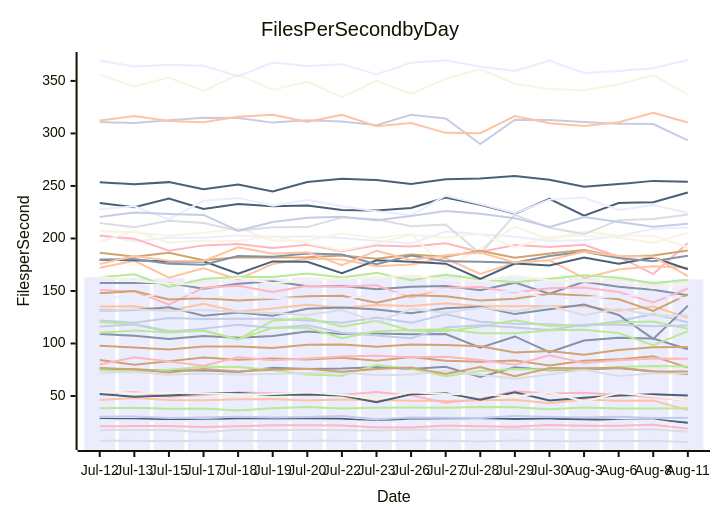
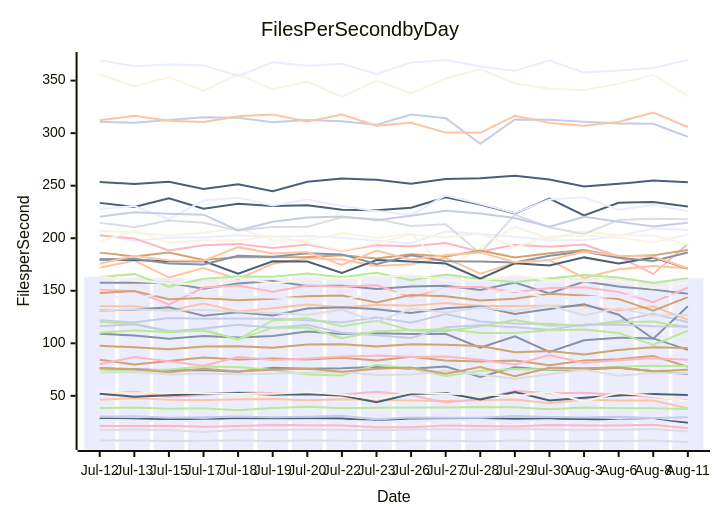
One commit to streetsidesoftware/cspell changed the diagram in perf-report.md. Above: the diagram before and after it, drawn with Mermaid. The commit also changed other lines of this file and 1 other file, not shown here.

````diff
--- a/perf-report.md
+++ b/perf-report.md
@@ -10,57 +10,57 @@
 ```mermaid
 xychart-beta
     title Files Per Second by Day
     y-axis Files per Second
     x-axis Date [Jul-12, Jul-13, Jul-15, Jul-17, Jul-18, Jul-19, Jul-20, Jul-22, Jul-23, Jul-26, Jul-27, Jul-28, Jul-29, Jul-30, Aug-3, Aug-6, Aug-8, Aug-11]
-    bar [163.19, 162.43, 162.24, 160.81, 162.11, 161.80, 162.84, 161.83, 163.82, 164.32, 165.56, 162.55, 163.67, 162.66, 162.42, 162.15, 159.78, 161.15]
-    line [109.02, 107.38, 104.33, 107.04, 105.42, 107.07, 111.31, 108.98, 109.47, 108.84, 109.00, 95.94, 106.70, 91.83, 102.88, 105.40, 104.69, 94.58]
-    line [46.27, 47.99, 46.18, 45.89, 46.88, 47.09, 45.82, 46.71, 46.24, 45.49, 45.13, 45.94, 46.54, 43.06, 46.57, 45.56, 45.66, 36.53]
-    line [7.49, 7.49, 6.93, 7.35, 7.41, 7.13, 7.42, 7.37, 6.94, 7.34, 7.37, 6.62, 7.52, 6.92, 6.91, 7.06, 7.47, 6.21]
-    line [38.35, 38.90, 37.77, 38.11, 36.22, 38.46, 39.54, 38.13, 38.75, 38.94, 38.82, 39.51, 39.23, 37.37, 39.03, 38.14, 38.18, 38.34]
-    line [84.39, 79.74, 83.17, 86.61, 84.55, 85.67, 84.70, 86.32, 83.67, 87.12, 83.64, 82.58, 83.71, 79.08, 83.62, 84.88, 87.82, 77.03]
-    line [121.97, 119.76, 124.17, 123.39, 123.52, 123.46, 121.92, 119.72, 124.69, 119.65, 127.83, 120.71, 118.86, 118.39, 116.67, 121.26, 128.17, 120.29]
+    bar [163.19, 162.43, 162.24, 160.81, 162.11, 161.80, 162.84, 161.83, 163.82, 164.32, 165.56, 162.55, 163.67, 162.66, 162.42, 162.15, 159.78, 161.87]
+    line [109.02, 107.38, 104.33, 107.04, 105.42, 107.07, 111.31, 108.98, 109.47, 108.84, 109.00, 95.94, 106.70, 91.83, 102.88, 105.40, 104.69, 93.74]
+    line [46.27, 47.99, 46.18, 45.89, 46.88, 47.09, 45.82, 46.71, 46.24, 45.49, 45.13, 45.94, 46.54, 43.06, 46.57, 45.56, 45.66, 38.22]
+    line [7.49, 7.49, 6.93, 7.35, 7.41, 7.13, 7.42, 7.37, 6.94, 7.34, 7.37, 6.62, 7.52, 6.92, 6.91, 7.06, 7.47, 6.09]
+    line [38.35, 38.90, 37.77, 38.11, 36.22, 38.46, 39.54, 38.13, 38.75, 38.94, 38.82, 39.51, 39.23, 37.37, 39.03, 38.14, 38.18, 37.54]
+    line [84.39, 79.74, 83.17, 86.61, 84.55, 85.67, 84.70, 86.32, 83.67, 87.12, 83.64, 82.58, 83.71, 79.08, 83.62, 84.88, 87.82, 77.70]
+    line [121.97, 119.76, 124.17, 123.39, 123.52, 123.46, 121.92, 119.72, 124.69, 119.65, 127.83, 120.71, 118.86, 118.39, 116.67, 121.26, 128.17, 119.97]
     line [51.79, 53.82, 49.25, 50.85, 53.53, 52.69, 53.02, 51.19, 53.86, 50.78, 43.58, 47.06, 54.57, 52.43, 53.03, 51.13, 48.90, 45.53]
-    line [51.98, 49.24, 50.53, 52.10, 52.76, 51.07, 51.44, 50.43, 43.97, 51.67, 52.73, 46.52, 53.63, 45.66, 48.27, 50.39, 51.68, 50.60]
-    line [355.82, 344.62, 353.27, 340.52, 356.06, 341.72, 349.11, 334.55, 350.21, 337.72, 352.09, 361.09, 347.33, 342.33, 341.03, 346.90, 355.56, 336.94]
-    line [203.61, 197.40, 200.74, 200.72, 202.94, 201.36, 202.08, 200.55, 197.73, 195.25, 206.51, 204.03, 201.53, 197.81, 198.32, 202.22, 209.23, 210.52]
-    line [75.98, 75.26, 74.39, 74.57, 72.87, 76.84, 75.79, 76.25, 77.55, 75.81, 77.91, 68.05, 77.31, 74.56, 75.13, 76.66, 73.32, 71.05]
-    line [135.26, 135.39, 131.25, 137.83, 130.35, 133.37, 136.93, 134.10, 136.61, 135.79, 138.26, 135.57, 135.43, 135.66, 135.43, 131.19, 135.23, 124.44]
-    line [17.48, 17.96, 17.52, 15.60, 17.77, 17.44, 17.98, 17.51, 17.20, 17.96, 18.17, 17.67, 18.43, 18.02, 17.45, 17.65, 18.37, 16.03]
-    line [74.66, 73.66, 75.08, 77.97, 77.53, 74.65, 70.42, 69.35, 79.56, 76.05, 68.90, 73.77, 75.65, 74.99, 75.71, 77.66, 78.66, 78.02]
-    line [97.78, 96.17, 94.33, 97.04, 97.24, 95.75, 98.78, 99.06, 97.00, 99.07, 98.61, 97.42, 91.49, 92.79, 89.32, 93.72, 96.32, 96.60]
-    line [310.85, 309.84, 312.53, 315.03, 314.69, 310.30, 312.46, 311.42, 307.91, 317.83, 314.26, 289.97, 313.11, 312.72, 310.96, 309.18, 308.97, 293.32]
-    line [21.20, 21.36, 21.51, 20.58, 21.30, 22.19, 22.10, 21.88, 20.15, 20.04, 21.91, 21.31, 20.80, 22.35, 21.72, 21.80, 22.54, 18.94]
-    line [28.38, 28.02, 28.20, 27.23, 28.58, 28.56, 28.51, 28.41, 26.08, 28.71, 28.53, 28.56, 28.21, 28.32, 27.98, 27.09, 27.59, 24.59]
-    line [53.83, 52.41, 53.08, 52.40, 51.77, 52.01, 53.58, 51.27, 46.96, 53.48, 52.00, 51.65, 49.61, 53.65, 44.73, 52.88, 49.80, 45.59]
-    line [27.13, 26.83, 25.90, 26.40, 26.69, 26.50, 26.68, 26.34, 25.46, 26.08, 26.71, 26.98, 26.19, 26.72, 24.58, 26.54, 27.00, 21.84]
-    line [131.34, 131.95, 134.40, 126.35, 129.62, 126.47, 133.10, 134.27, 132.41, 128.75, 133.45, 135.04, 127.98, 132.62, 137.05, 127.16, 104.34, 135.85]
-    line [312.26, 316.54, 311.74, 310.63, 315.98, 317.85, 311.01, 317.69, 306.96, 309.97, 300.54, 300.28, 316.56, 309.78, 307.09, 310.74, 319.60, 310.44]
-    line [72.08, 72.80, 70.30, 71.38, 70.52, 71.04, 71.91, 72.70, 69.86, 70.37, 73.91, 70.30, 66.36, 70.57, 74.92, 69.05, 71.64, 71.74]
-    line [120.41, 118.48, 111.84, 112.66, 103.82, 121.72, 123.96, 116.30, 121.57, 112.16, 111.54, 116.14, 122.06, 116.65, 117.60, 120.09, 120.85, 114.07]
-    line [76.63, 75.41, 72.48, 75.77, 73.22, 74.96, 75.84, 73.04, 75.74, 77.07, 71.05, 77.49, 68.74, 76.65, 76.34, 76.92, 73.53, 73.38]
-    line [30.35, 30.53, 29.15, 29.59, 30.29, 29.57, 30.13, 31.01, 27.77, 29.48, 29.26, 29.06, 30.88, 29.94, 29.48, 30.19, 29.03, 29.20]
-    line [202.66, 199.84, 188.27, 193.42, 194.63, 190.82, 194.01, 187.89, 193.41, 192.42, 195.47, 187.19, 193.79, 191.90, 194.07, 182.58, 166.07, 195.75]
-    line [233.66, 229.73, 238.10, 228.16, 232.72, 230.57, 231.48, 227.16, 226.70, 229.01, 239.01, 232.02, 223.69, 237.66, 221.63, 233.74, 234.59, 243.71]
-    line [207.20, 205.62, 202.48, 205.11, 209.83, 198.16, 198.05, 204.69, 200.38, 204.18, 172.00, 190.59, 211.20, 199.37, 206.67, 202.54, 202.61, 191.45]
-    line [227.85, 230.59, 218.19, 235.84, 238.63, 231.13, 236.94, 230.60, 225.84, 222.04, 240.74, 232.71, 223.95, 236.98, 238.93, 227.08, 231.94, 224.31]
-    line [157.55, 157.57, 157.54, 152.05, 156.89, 159.37, 154.51, 154.84, 151.75, 154.10, 154.75, 150.75, 157.93, 147.43, 158.79, 154.00, 151.10, 146.03]
-    line [172.02, 178.72, 162.59, 171.56, 160.94, 175.73, 180.87, 179.86, 173.49, 175.22, 181.17, 166.29, 176.78, 179.24, 162.30, 170.51, 173.47, 172.06]
-    line [214.62, 210.58, 216.81, 214.69, 207.39, 210.58, 210.83, 219.91, 218.25, 211.67, 213.25, 185.65, 222.45, 210.28, 204.15, 217.44, 218.55, 222.74]
-    line [163.07, 165.84, 153.93, 161.48, 163.65, 163.25, 166.55, 162.82, 167.25, 160.14, 165.42, 161.19, 158.31, 161.70, 164.91, 162.58, 157.48, 160.80]
-    line [186.31, 182.67, 186.39, 179.31, 182.07, 181.92, 182.11, 183.75, 180.78, 184.81, 182.65, 188.37, 181.75, 185.70, 188.91, 182.68, 183.70, 188.54]
-    line [116.21, 118.14, 111.02, 114.16, 117.75, 114.86, 117.38, 110.16, 107.68, 105.10, 115.28, 117.30, 115.27, 112.83, 117.78, 117.94, 116.33, 117.15]
-    line [150.91, 149.71, 136.98, 153.14, 154.96, 149.05, 154.95, 153.94, 155.48, 143.79, 152.94, 153.75, 148.60, 152.63, 153.39, 148.93, 139.04, 152.32]
-    line [179.72, 179.37, 178.07, 178.35, 166.36, 178.14, 177.77, 166.91, 179.23, 177.92, 175.97, 161.59, 176.09, 174.17, 181.77, 175.87, 181.75, 170.66]
-    line [196.87, 207.15, 195.83, 198.09, 197.68, 202.31, 195.34, 188.56, 195.30, 203.49, 200.63, 204.54, 191.76, 201.55, 202.60, 200.71, 195.89, 205.52]
-    line [369.35, 363.79, 365.39, 364.51, 354.54, 367.49, 364.21, 365.97, 356.16, 367.24, 369.57, 363.41, 359.37, 369.40, 357.63, 359.56, 362.02, 369.92]
-    line [179.82, 180.43, 176.01, 174.98, 183.26, 182.49, 185.76, 184.64, 175.39, 183.80, 178.20, 177.82, 176.95, 183.37, 187.31, 181.39, 178.30, 183.56]
-    line [175.71, 183.39, 178.90, 178.60, 191.51, 185.47, 186.89, 174.56, 188.32, 179.58, 184.08, 186.53, 177.20, 179.37, 187.46, 183.38, 182.66, 164.22]
-    line [131.27, 132.43, 131.04, 131.83, 130.19, 128.92, 127.23, 131.88, 120.40, 132.81, 129.34, 133.97, 130.74, 135.91, 126.83, 133.33, 126.61, 126.65]
-    line [110.15, 112.38, 110.43, 112.10, 103.78, 114.93, 115.08, 104.93, 111.58, 112.75, 113.47, 109.84, 109.80, 112.55, 113.19, 109.88, 98.38, 111.82]
-    line [147.84, 149.86, 141.85, 143.07, 141.02, 142.51, 144.87, 145.54, 138.82, 146.01, 144.90, 140.82, 142.51, 147.27, 145.58, 142.12, 131.06, 146.69]
-    line [220.42, 224.78, 223.29, 222.43, 207.49, 215.75, 219.62, 220.62, 217.24, 221.48, 226.19, 223.44, 219.34, 210.97, 220.37, 215.62, 211.22, 214.11]
-    line [79.99, 86.85, 82.81, 78.74, 86.89, 84.13, 85.63, 87.55, 88.29, 86.90, 87.47, 84.26, 79.87, 88.81, 81.39, 83.97, 85.77, 85.44]
-    line [253.55, 251.59, 253.64, 246.87, 251.37, 244.82, 253.83, 256.85, 255.68, 251.95, 256.48, 257.08, 259.44, 255.93, 249.24, 251.79, 254.83, 254.04]
-    line [163.50, 159.47, 157.31, 155.54, 162.49, 157.44, 160.47, 161.66, 162.86, 164.94, 160.13, 159.49, 164.72, 159.99, 159.02, 159.32, 152.64, 157.15]
-    line [145.81, 141.78, 149.87, 144.29, 144.20, 143.50, 142.28, 141.37, 147.86, 147.77, 151.94, 147.31, 150.10, 142.92, 143.82, 144.85, 146.35, 142.92]
+    line [51.98, 49.24, 50.53, 52.10, 52.76, 51.07, 51.44, 50.43, 43.97, 51.67, 52.73, 46.52, 53.63, 45.66, 48.27, 50.39, 51.68, 50.89]
+    line [355.82, 344.62, 353.27, 340.52, 356.06, 341.72, 349.11, 334.55, 350.21, 337.72, 352.09, 361.09, 347.33, 342.33, 341.03, 346.90, 355.56, 335.17]
+    line [203.61, 197.40, 200.74, 200.72, 202.94, 201.36, 202.08, 200.55, 197.73, 195.25, 206.51, 204.03, 201.53, 197.81, 198.32, 202.22, 209.23, 208.13]
+    line [75.98, 75.26, 74.39, 74.57, 72.87, 76.84, 75.79, 76.25, 77.55, 75.81, 77.91, 68.05, 77.31, 74.56, 75.13, 76.66, 73.32, 70.77]
+    line [135.26, 135.39, 131.25, 137.83, 130.35, 133.37, 136.93, 134.10, 136.61, 135.79, 138.26, 135.57, 135.43, 135.66, 135.43, 131.19, 135.23, 122.44]
+    line [17.48, 17.96, 17.52, 15.60, 17.77, 17.44, 17.98, 17.51, 17.20, 17.96, 18.17, 17.67, 18.43, 18.02, 17.45, 17.65, 18.37, 15.99]
+    line [74.66, 73.66, 75.08, 77.97, 77.53, 74.65, 70.42, 69.35, 79.56, 76.05, 68.90, 73.77, 75.65, 74.99, 75.71, 77.66, 78.66, 78.35]
+    line [97.78, 96.17, 94.33, 97.04, 97.24, 95.75, 98.78, 99.06, 97.00, 99.07, 98.61, 97.42, 91.49, 92.79, 89.32, 93.72, 96.32, 95.66]
+    line [310.85, 309.84, 312.53, 315.03, 314.69, 310.30, 312.46, 311.42, 307.91, 317.83, 314.26, 289.97, 313.11, 312.72, 310.96, 309.18, 308.97, 296.59]
+    line [21.20, 21.36, 21.51, 20.58, 21.30, 22.19, 22.10, 21.88, 20.15, 20.04, 21.91, 21.31, 20.80, 22.35, 21.72, 21.80, 22.54, 19.07]
+    line [28.38, 28.02, 28.20, 27.23, 28.58, 28.56, 28.51, 28.41, 26.08, 28.71, 28.53, 28.56, 28.21, 28.32, 27.98, 27.09, 27.59, 24.33]
+    line [53.83, 52.41, 53.08, 52.40, 51.77, 52.01, 53.58, 51.27, 46.96, 53.48, 52.00, 51.65, 49.61, 53.65, 44.73, 52.88, 49.80, 44.85]
+    line [27.13, 26.83, 25.90, 26.40, 26.69, 26.50, 26.68, 26.34, 25.46, 26.08, 26.71, 26.98, 26.19, 26.72, 24.58, 26.54, 27.00, 22.24]
+    line [131.34, 131.95, 134.40, 126.35, 129.62, 126.47, 133.10, 134.27, 132.41, 128.75, 133.45, 135.04, 127.98, 132.62, 137.05, 127.16, 104.34, 135.34]
+    line [312.26, 316.54, 311.74, 310.63, 315.98, 317.85, 311.01, 317.69, 306.96, 309.97, 300.54, 300.28, 316.56, 309.78, 307.09, 310.74, 319.60, 305.87]
+    line [72.08, 72.80, 70.30, 71.38, 70.52, 71.04, 71.91, 72.70, 69.86, 70.37, 73.91, 70.30, 66.36, 70.57, 74.92, 69.05, 71.64, 71.63]
+    line [120.41, 118.48, 111.84, 112.66, 103.82, 121.72, 123.96, 116.30, 121.57, 112.16, 111.54, 116.14, 122.06, 116.65, 117.60, 120.09, 120.85, 115.35]
+    line [76.63, 75.41, 72.48, 75.77, 73.22, 74.96, 75.84, 73.04, 75.74, 77.07, 71.05, 77.49, 68.74, 76.65, 76.34, 76.92, 73.53, 74.78]
+    line [30.35, 30.53, 29.15, 29.59, 30.29, 29.57, 30.13, 31.01, 27.77, 29.48, 29.26, 29.06, 30.88, 29.94, 29.48, 30.19, 29.03, 29.67]
+    line [202.66, 199.84, 188.27, 193.42, 194.63, 190.82, 194.01, 187.89, 193.41, 192.42, 195.47, 187.19, 193.79, 191.90, 194.07, 182.58, 166.07, 194.86]
+    line [233.66, 229.73, 238.10, 228.16, 232.72, 230.57, 231.48, 227.16, 226.70, 229.01, 239.01, 232.02, 223.69, 237.66, 221.63, 233.74, 234.59, 230.11]
+    line [207.20, 205.62, 202.48, 205.11, 209.83, 198.16, 198.05, 204.69, 200.38, 204.18, 172.00, 190.59, 211.20, 199.37, 206.67, 202.54, 202.61, 193.89]
+    line [227.85, 230.59, 218.19, 235.84, 238.63, 231.13, 236.94, 230.60, 225.84, 222.04, 240.74, 232.71, 223.95, 236.98, 238.93, 227.08, 231.94, 225.75]
+    line [157.55, 157.57, 157.54, 152.05, 156.89, 159.37, 154.51, 154.84, 151.75, 154.10, 154.75, 150.75, 157.93, 147.43, 158.79, 154.00, 151.10, 147.11]
+    line [172.02, 178.72, 162.59, 171.56, 160.94, 175.73, 180.87, 179.86, 173.49, 175.22, 181.17, 166.29, 176.78, 179.24, 162.30, 170.51, 173.47, 171.46]
+    line [214.62, 210.58, 216.81, 214.69, 207.39, 210.58, 210.83, 219.91, 218.25, 211.67, 213.25, 185.65, 222.45, 210.28, 204.15, 217.44, 218.55, 218.05]
+    line [163.07, 165.84, 153.93, 161.48, 163.65, 163.25, 166.55, 162.82, 167.25, 160.14, 165.42, 161.19, 158.31, 161.70, 164.91, 162.58, 157.48, 162.05]
+    line [186.31, 182.67, 186.39, 179.31, 182.07, 181.92, 182.11, 183.75, 180.78, 184.81, 182.65, 188.37, 181.75, 185.70, 188.91, 182.68, 183.70, 188.70]
+    line [116.21, 118.14, 111.02, 114.16, 117.75, 114.86, 117.38, 110.16, 107.68, 105.10, 115.28, 117.30, 115.27, 112.83, 117.78, 117.94, 116.33, 116.04]
+    line [150.91, 149.71, 136.98, 153.14, 154.96, 149.05, 154.95, 153.94, 155.48, 143.79, 152.94, 153.75, 148.60, 152.63, 153.39, 148.93, 139.04, 152.86]
+    line [179.72, 179.37, 178.07, 178.35, 166.36, 178.14, 177.77, 166.91, 179.23, 177.92, 175.97, 161.59, 176.09, 174.17, 181.77, 175.87, 181.75, 171.06]
+    line [196.87, 207.15, 195.83, 198.09, 197.68, 202.31, 195.34, 188.56, 195.30, 203.49, 200.63, 204.54, 191.76, 201.55, 202.60, 200.71, 195.89, 203.57]
+    line [369.35, 363.79, 365.39, 364.51, 354.54, 367.49, 364.21, 365.97, 356.16, 367.24, 369.57, 363.41, 359.37, 369.40, 357.63, 359.56, 362.02, 369.62]
+    line [179.82, 180.43, 176.01, 174.98, 183.26, 182.49, 185.76, 184.64, 175.39, 183.80, 178.20, 177.82, 176.95, 183.37, 187.31, 181.39, 178.30, 186.48]
+    line [175.71, 183.39, 178.90, 178.60, 191.51, 185.47, 186.89, 174.56, 188.32, 179.58, 184.08, 186.53, 177.20, 179.37, 187.46, 183.38, 182.66, 171.17]
+    line [131.27, 132.43, 131.04, 131.83, 130.19, 128.92, 127.23, 131.88, 120.40, 132.81, 129.34, 133.97, 130.74, 135.91, 126.83, 133.33, 126.61, 126.72]
+    line [110.15, 112.38, 110.43, 112.10, 103.78, 114.93, 115.08, 104.93, 111.58, 112.75, 113.47, 109.84, 109.80, 112.55, 113.19, 109.88, 98.38, 112.00]
+    line [147.84, 149.86, 141.85, 143.07, 141.02, 142.51, 144.87, 145.54, 138.82, 146.01, 144.90, 140.82, 142.51, 147.27, 145.58, 142.12, 131.06, 143.98]
+    line [220.42, 224.78, 223.29, 222.43, 207.49, 215.75, 219.62, 220.62, 217.24, 221.48, 226.19, 223.44, 219.34, 210.97, 220.37, 215.62, 211.22, 214.76]
+    line [79.99, 86.85, 82.81, 78.74, 86.89, 84.13, 85.63, 87.55, 88.29, 86.90, 87.47, 84.26, 79.87, 88.81, 81.39, 83.97, 85.77, 84.48]
+    line [253.55, 251.59, 253.64, 246.87, 251.37, 244.82, 253.83, 256.85, 255.68, 251.95, 256.48, 257.08, 259.44, 255.93, 249.24, 251.79, 254.83, 253.26]
+    line [163.50, 159.47, 157.31, 155.54, 162.49, 157.44, 160.47, 161.66, 162.86, 164.94, 160.13, 159.49, 164.72, 159.99, 159.02, 159.32, 152.64, 157.58]
+    line [145.81, 141.78, 149.87, 144.29, 144.20, 143.50, 142.28, 141.37, 147.86, 147.77, 151.94, 147.31, 150.10, 142.92, 143.82, 144.85, 146.35, 145.37]
 ```
````
